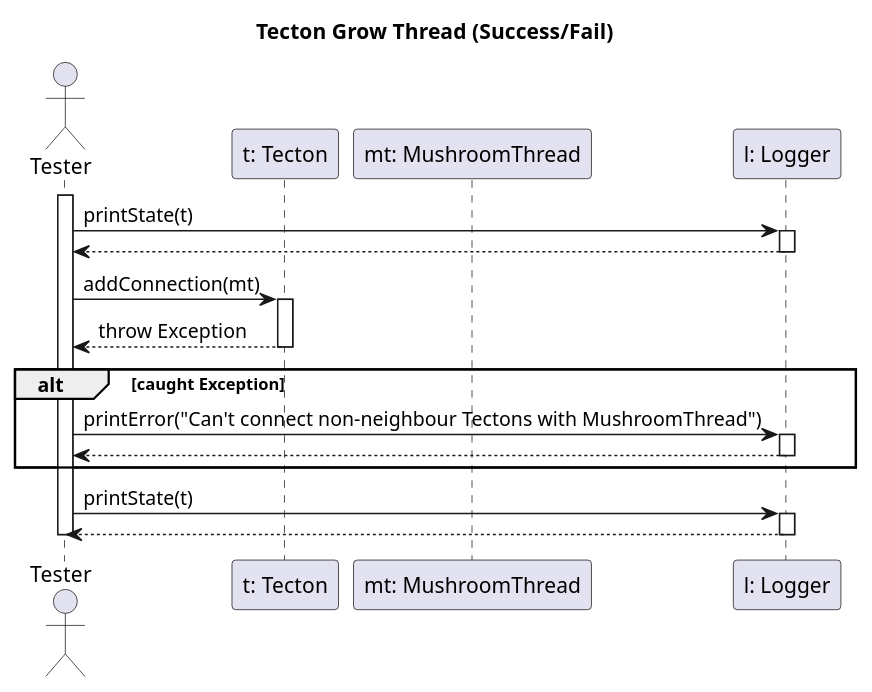
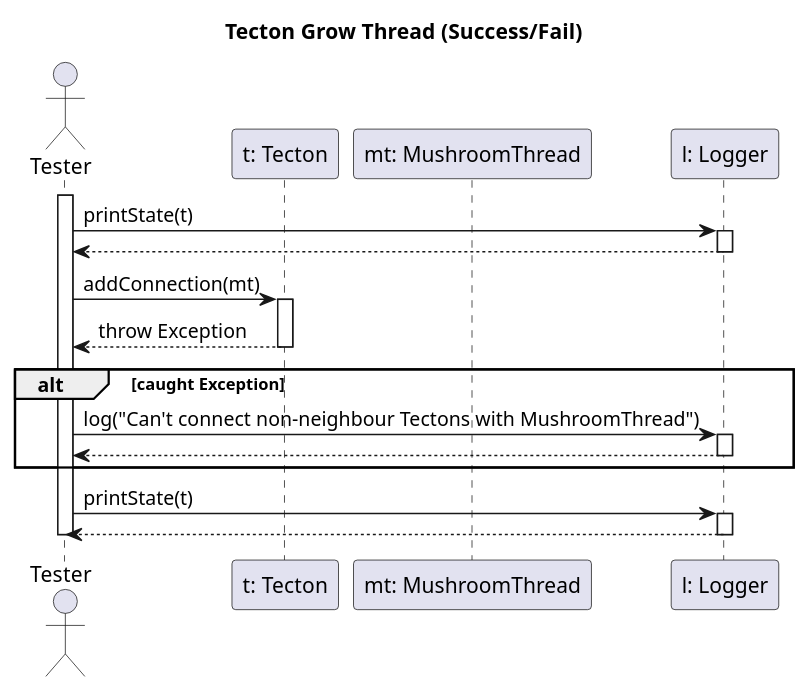
Before and after one commit to dzsem/projlab: the diagram in diagrams/test-sequence/tectonGrowFail.puml, drawn with PlantUML. The commit also changed 6 other files, not shown here.

```diff
--- a/diagrams/test-sequence/tectonGrowFail.puml
+++ b/diagrams/test-sequence/tectonGrowFail.puml
@@ -1,37 +1,37 @@
 @startuml tectonGrowThreadTest
 
 title Tecton Grow Thread (Success/Fail)
 
 actor "Tester" as tst
 participant "t: Tecton" as t
 participant "mt: MushroomThread" as mt
 participant "l: Logger" as l
 
 activate tst
 
 tst -> l: printState(t)
 activate l
 tst <-- l
 deactivate l
 
 tst -> t: addConnection(mt)
 activate t
 
 tst <-- t: throw Exception
 deactivate t
 
 alt caught Exception
-    tst -> l: printError("Can't connect non-neighbour Tectons with MushroomThread")
+    tst -> l: log("Can't connect non-neighbour Tectons with MushroomThread")
     activate l
     tst <-- l
     deactivate l    
 end
 
 tst -> l: printState(t)
 activate l
 tst <-- l
 deactivate l
 
 deactivate tst
 
 @enduml
```
